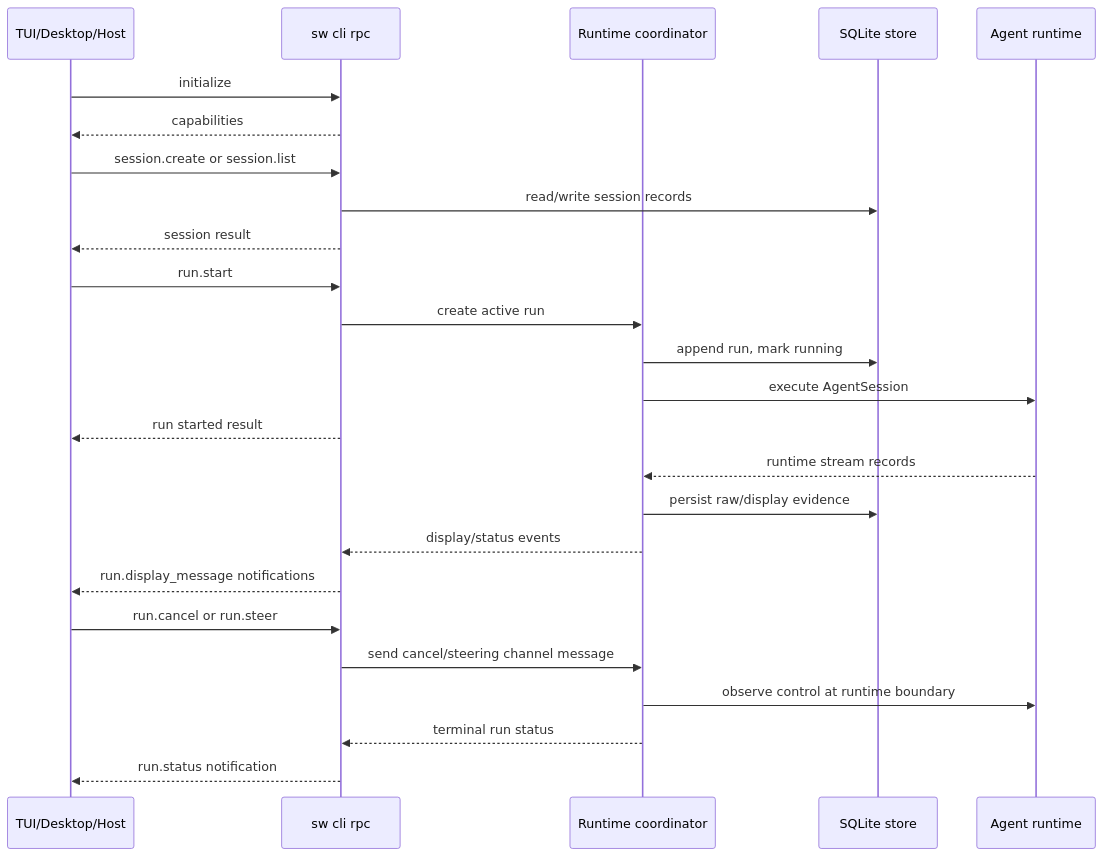
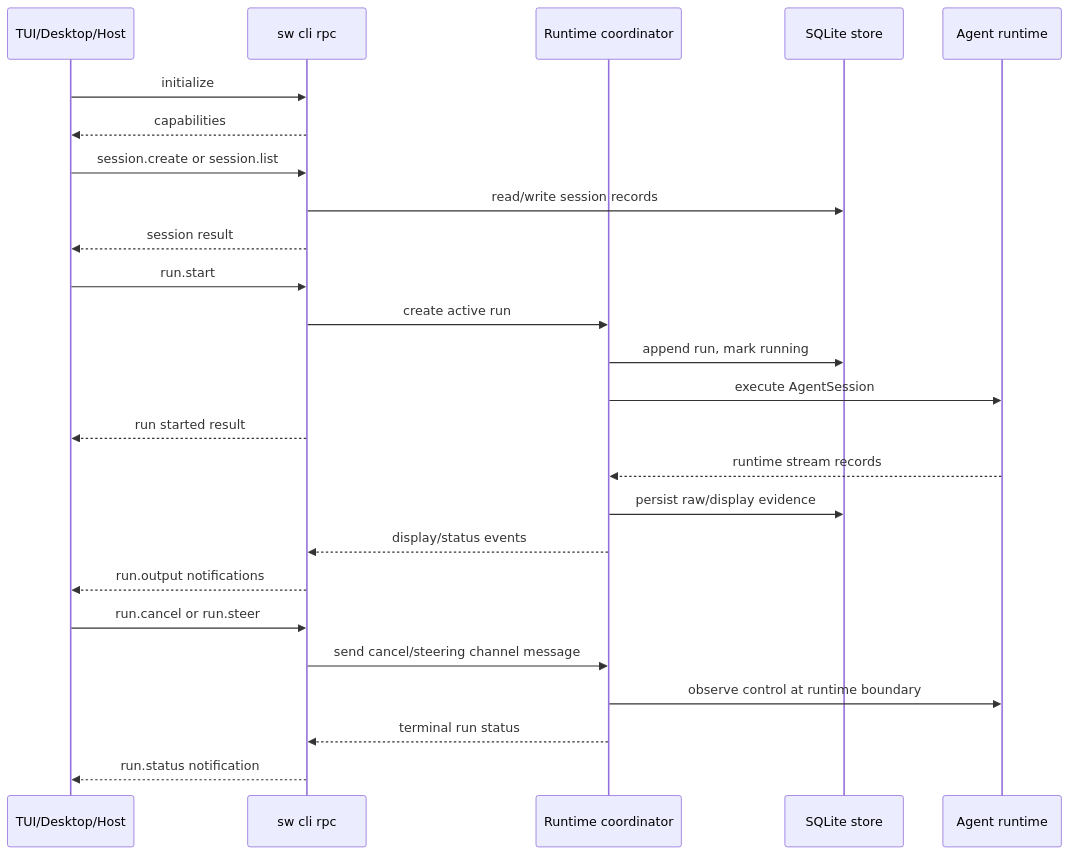
The second of 3 diagrams in spec/ops/04-cli-product.md (Wh1isper/starweaver), drawn with Mermaid before and after one commit. The commit also changed other lines of this file and 17 other files, not shown here.

````diff
--- a/spec/ops/04-cli-product.md
+++ b/spec/ops/04-cli-product.md
@@ -233,28 +245,28 @@
 ```mermaid
 sequenceDiagram
     participant Client as TUI/Desktop/Host
     participant RPC as sw cli rpc
     participant Coordinator as Runtime coordinator
     participant Store as SQLite store
     participant Runtime as Agent runtime
 
     Client->>RPC: initialize
     RPC-->>Client: capabilities
     Client->>RPC: session.create or session.list
     RPC->>Store: read/write session records
     RPC-->>Client: session result
     Client->>RPC: run.start
     RPC->>Coordinator: create active run
     Coordinator->>Store: append run, mark running
     Coordinator->>Runtime: execute AgentSession
     RPC-->>Client: run started result
     Runtime-->>Coordinator: runtime stream records
     Coordinator->>Store: persist raw/display evidence
     Coordinator-->>RPC: display/status events
-    RPC-->>Client: run.display_message notifications
+    RPC-->>Client: run.output notifications
     Client->>RPC: run.cancel or run.steer
     RPC->>Coordinator: send cancel/steering channel message
     Coordinator->>Runtime: observe control at runtime boundary
     Coordinator-->>RPC: terminal run status
     RPC-->>Client: run.status notification
 ```
````
